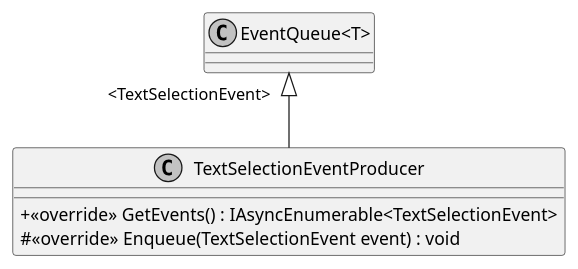
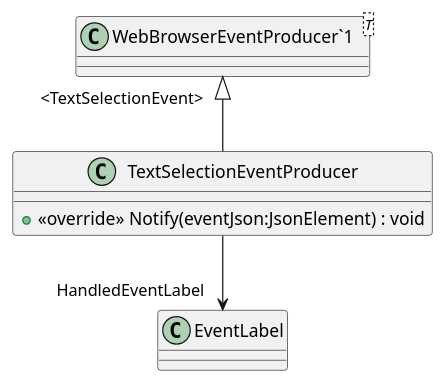
Before and after one commit to insightmind/MORR: the diagram in application/plantuml/Modules/WebBrowser/Producers/TextSelectionEventProducer.puml, drawn with PlantUML. The commit also changed 165 other files, not shown here.

```diff
--- a/application/plantuml/Modules/WebBrowser/Producers/TextSelectionEventProducer.puml
+++ b/application/plantuml/Modules/WebBrowser/Producers/TextSelectionEventProducer.puml
@@ -1,12 +1,9 @@
 @startuml
-skinparam monochrome true
-skinparam ClassAttributeIconSize 0
-
 class TextSelectionEventProducer {
-    + <<override>> GetEvents() : IAsyncEnumerable<TextSelectionEvent>
-    # <<override>> Enqueue(TextSelectionEvent event) : void
+    + <<override>> Notify(eventJson:JsonElement) : void
 }
-class "EventQueue<T>" {
+class "WebBrowserEventProducer`1"<T> {
 }
-"EventQueue<T>" "<TextSelectionEvent>" <|-- TextSelectionEventProducer
+"WebBrowserEventProducer`1" "<TextSelectionEvent>" <|-- TextSelectionEventProducer
+TextSelectionEventProducer --> "HandledEventLabel" EventLabel
 @enduml
```
